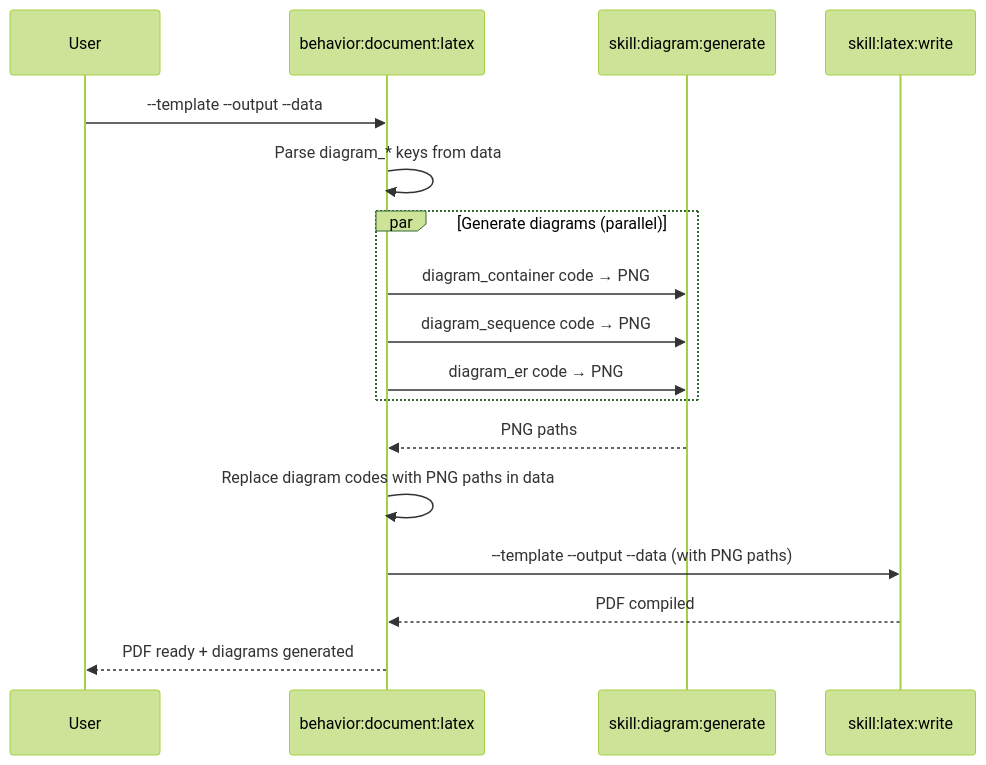
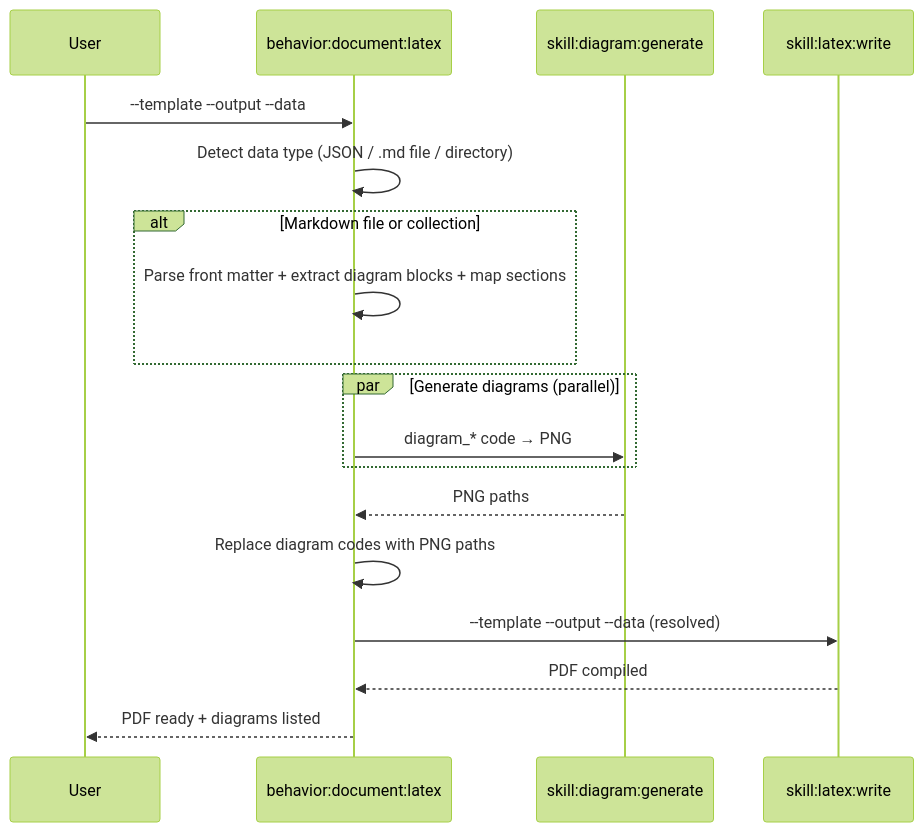
The first of 2 diagrams in .claude/commands/behavior/document/latex.md (zzaia/zzaia-agentic-workspace), drawn with Mermaid (forest theme) before and after one commit. The commit also changed other lines of this file, not shown here.

````diff
--- a/.claude/commands/behavior/document/latex.md
+++ b/.claude/commands/behavior/document/latex.md
@@ -52,20 +79,21 @@
 ```mermaid
 sequenceDiagram
     participant U as User
     participant B as behavior:document:latex
     participant D as skill:diagram:generate
     participant L as skill:latex:write
 
     U->>B: --template --output --data
-    B->>B: Parse diagram_* keys from data
+    B->>B: Detect data type (JSON / .md file / directory)
+    alt Markdown file or collection
+        B->>B: Parse front matter + extract diagram blocks + map sections
+    end
     par Generate diagrams (parallel)
-        B->>D: diagram_container code → PNG
-        B->>D: diagram_sequence code → PNG
-        B->>D: diagram_er code → PNG
+        B->>D: diagram_* code → PNG
     end
     D-->>B: PNG paths
-    B->>B: Replace diagram codes with PNG paths in data
-    B->>L: --template --output --data (with PNG paths)
+    B->>B: Replace diagram codes with PNG paths
+    B->>L: --template --output --data (resolved)
     L-->>B: PDF compiled
-    B-->>U: PDF ready + diagrams generated
+    B-->>U: PDF ready + diagrams listed
 ```
````
